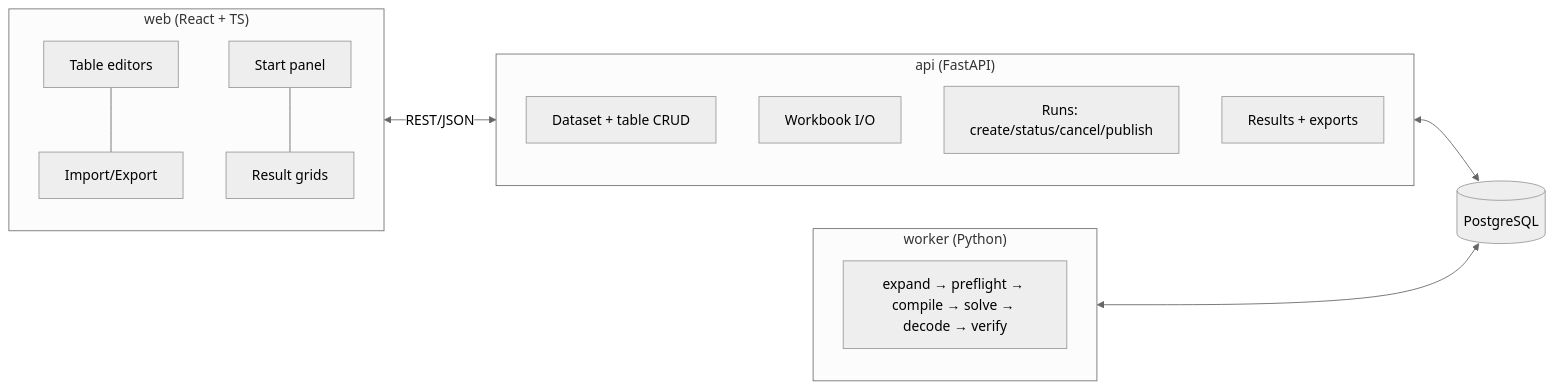
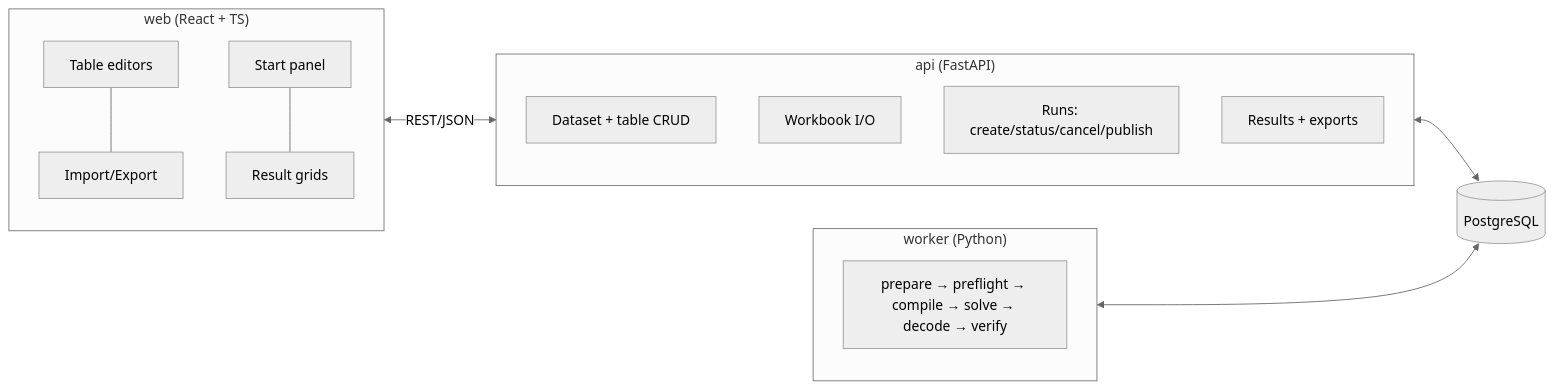
One commit to licheran/IIT-TTS changed the diagram in docs/spec/06-architecture.md. Above: the diagram before and after it, drawn with Mermaid (neutral theme). The commit also changed other lines of this file and 3 other files, not shown here.

Commit message:
docs(spec): demands in the solver and architecture specs; close Phase 18 [P18.6]

````diff
--- a/docs/spec/06-architecture.md
+++ b/docs/spec/06-architecture.md
@@ -17,20 +17,20 @@
 ```mermaid
 flowchart LR
   subgraph web["web (React + TS)"]
     TE[Table editors] --- IE[Import/Export]
     SP[Start panel] --- RG[Result grids]
   end
   subgraph api["api (FastAPI)"]
     CRUD[Dataset + table CRUD]
     IO[Workbook I/O]
     RUNS[Runs: create/status/cancel/publish]
     RES[Results + exports]
   end
   subgraph worker["worker (Python)"]
-    PIPE[expand → preflight → compile → solve → decode → verify]
+    PIPE[prepare → preflight → compile → solve → decode → verify]
   end
   DB[(PostgreSQL)]
   web <-->|REST/JSON| api
   api <--> DB
   worker <--> DB
 ```
````
